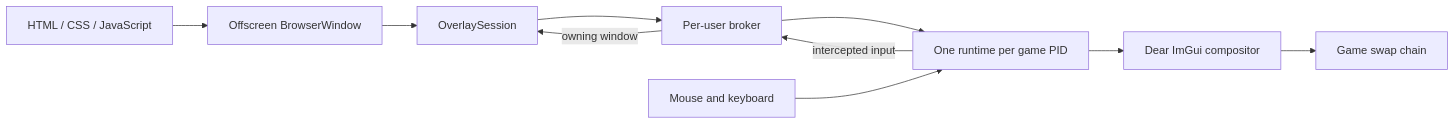
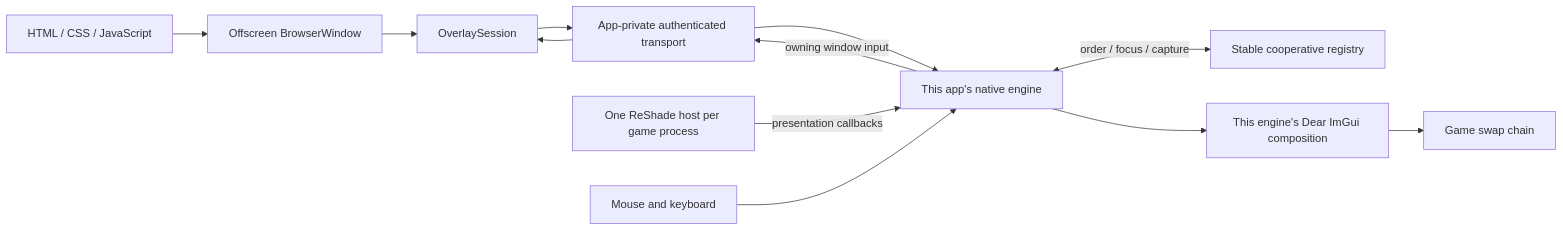
Before and after one commit to Wurielle/electron-game-overlay: the diagram in README.md, drawn with Mermaid. The commit also changed other lines of this file and 1 other file, not shown here.

Commit message:
docs(sdk): describe independent engines and private packaging

````diff
--- a/README.md
+++ b/README.md
@@ -26,13 +26,15 @@
 ```mermaid
 flowchart LR
   Page["HTML / CSS / JavaScript"] --> Window["Offscreen BrowserWindow"]
   Window --> Session["OverlaySession"]
-  Session --> Broker["Per-user broker"]
-  Broker --> Runtime["One runtime per game PID"]
-  Runtime --> ImGui["Dear ImGui compositor"]
+  Session --> Transport["App-private authenticated transport"]
+  Transport --> Engine["This app's native engine"]
+  Engine <-->|"order / focus / capture"| Registry["Stable cooperative registry"]
+  Host["One ReShade host per game process"] -->|"presentation callbacks"| Engine
+  Engine --> ImGui["This engine's Dear ImGui composition"]
   ImGui --> Game["Game swap chain"]
 
-  GameInput["Mouse and keyboard"] --> Runtime
-  Runtime -->|"intercepted input"| Broker
-  Broker -->|"owning window"| Session
+  GameInput["Mouse and keyboard"] --> Engine
+  Engine -->|"owning window input"| Transport
+  Transport --> Session
 ```
````
